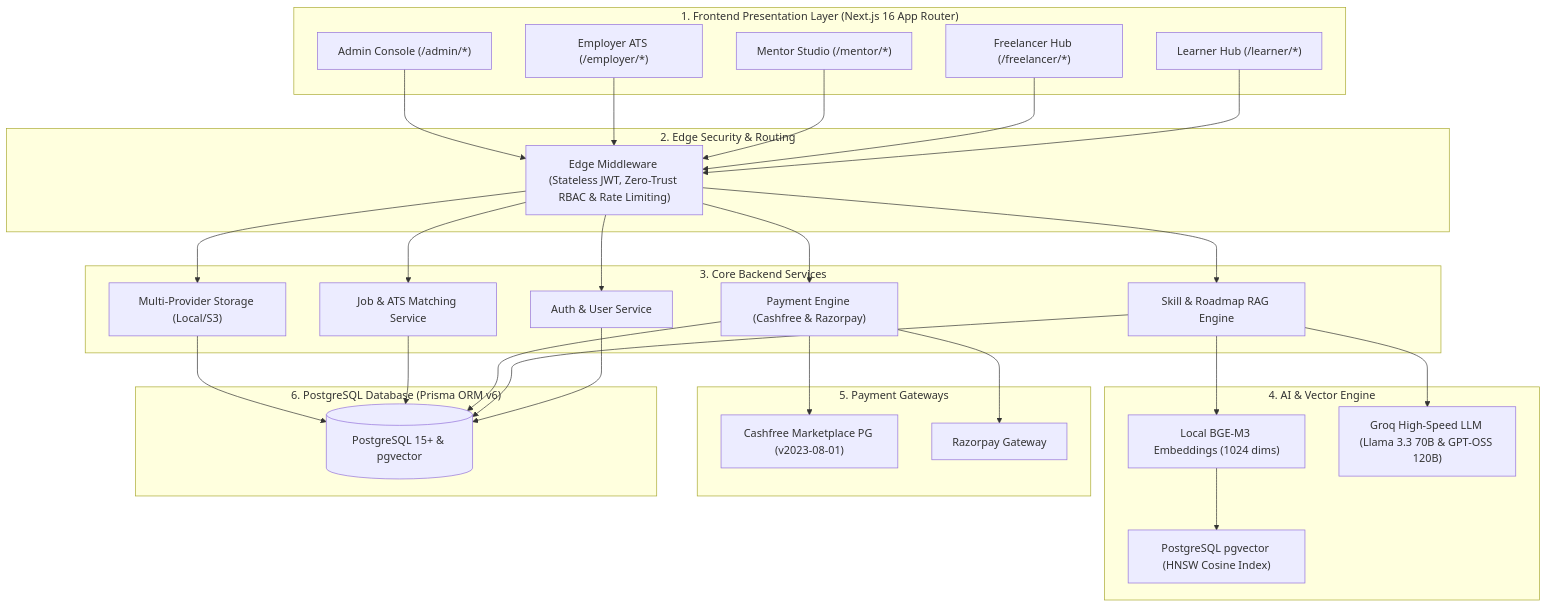
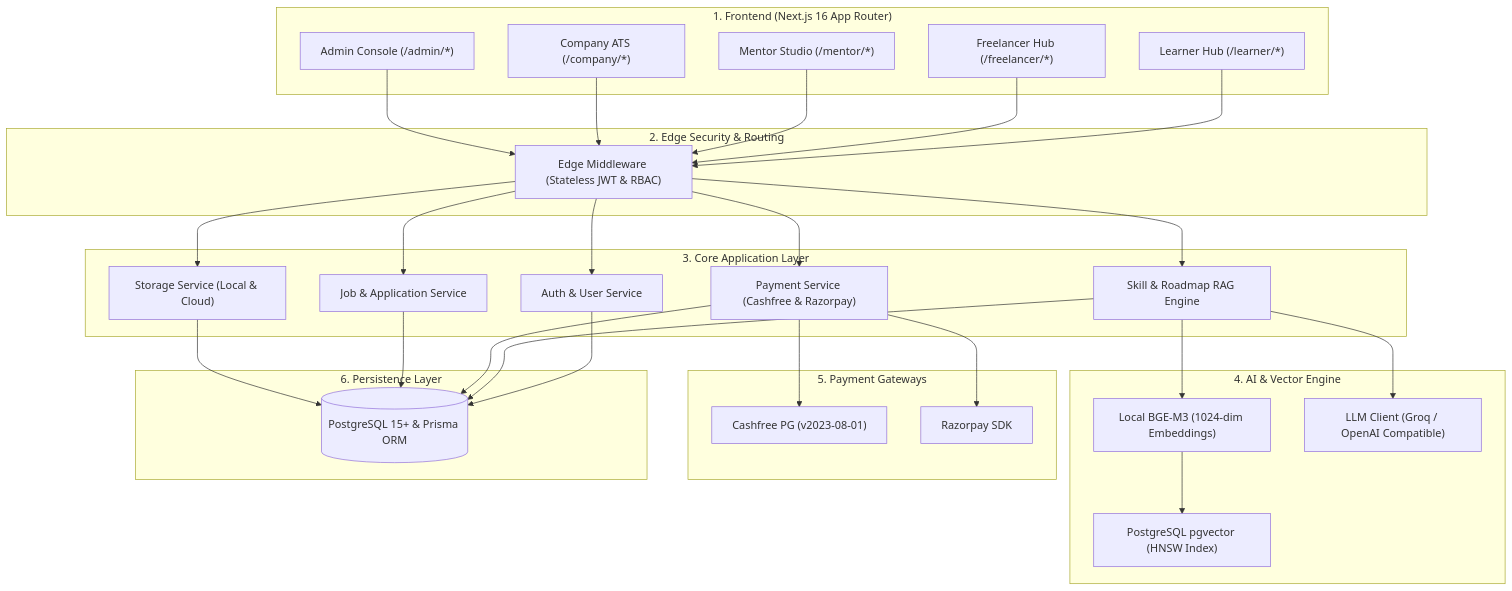
One commit to tharuntej123/growearn changed the diagram in README.md. Above: the diagram before and after it, drawn with Mermaid. The commit also changed other lines of this file and 37 other files, not shown here.

````diff
--- a/README.md
+++ b/README.md
@@ -50,62 +72,62 @@
 ```mermaid
 graph TD
-    subgraph Presentation_Layer["1. Frontend Presentation Layer (Next.js 16 App Router)"]
-        LearnerUI["Learner Hub (/learner/*)"]
-        FreelancerUI["Freelancer Hub (/freelancer/*)"]
-        MentorUI["Mentor Studio (/mentor/*)"]
-        EmployerUI["Employer ATS (/employer/*)"]
-        AdminUI["Admin Console (/admin/*)"]
+    subgraph Frontend["1. Frontend (Next.js 16 App Router)"]
+        UI_Learner["Learner Hub (/learner/*)"]
+        UI_Freelancer["Freelancer Hub (/freelancer/*)"]
+        UI_Mentor["Mentor Studio (/mentor/*)"]
+        UI_Company["Company ATS (/company/*)"]
+        UI_Admin["Admin Console (/admin/*)"]
     end
 
-    subgraph Edge_Security["2. Edge Security & Routing"]
-        Middleware["Edge Middleware (Stateless JWT, Zero-Trust RBAC & Rate Limiting)"]
+    subgraph Security["2. Edge Security & Routing"]
+        Middleware["Edge Middleware (Stateless JWT & RBAC)"]
     end
 
-    subgraph Core_Services["3. Core Backend Services"]
+    subgraph Application["3. Core Application Layer"]
         AuthSvc["Auth & User Service"]
         SkillRAG["Skill & Roadmap RAG Engine"]
-        PaymentSvc["Payment Engine (Cashfree & Razorpay)"]
-        JobSvc["Job & ATS Matching Service"]
-        StorageSvc["Multi-Provider Storage (Local/S3)"]
+        PaymentSvc["Payment Service (Cashfree & Razorpay)"]
+        JobSvc["Job & Application Service"]
+        StorageSvc["Storage Service (Local & Cloud)"]
     end
 
-    subgraph AI_Vector_Engine["4. AI & Vector Engine"]
-        BGE3["Local BGE-M3 Embeddings (1024 dims)"]
-        PgVector["PostgreSQL pgvector (HNSW Cosine Index)"]
-        GroqLLM["Groq High-Speed LLM (Llama 3.3 70B & GPT-OSS 120B)"]
+    subgraph AI_Engine["4. AI & Vector Engine"]
+        BGE3["Local BGE-M3 (1024-dim Embeddings)"]
+        PgVector["PostgreSQL pgvector (HNSW Index)"]
+        GroqLLM["LLM Client (Groq / OpenAI Compatible)"]
     end
 
-    subgraph Payment_Gateways["5. Payment Gateways"]
-        Cashfree["Cashfree Marketplace PG (v2023-08-01)"]
-        Razorpay["Razorpay Gateway"]
+    subgraph Payments["5. Payment Gateways"]
+        Cashfree["Cashfree PG (v2023-08-01)"]
+        Razorpay["Razorpay SDK"]
     end
 
-    subgraph Persistence["6. PostgreSQL Database (Prisma ORM v6)"]
-        DB[(PostgreSQL 15+ & pgvector)]
+    subgraph Database["6. Persistence Layer"]
+        DB[("PostgreSQL 15+ & Prisma ORM")]
     end
 
-    LearnerUI --> Middleware
-    FreelancerUI --> Middleware
-    MentorUI --> Middleware
-    EmployerUI --> Middleware
-    AdminUI --> Middleware
+    UI_Learner --> Middleware
+    UI_Freelancer --> Middleware
+    UI_Mentor --> Middleware
+    UI_Company --> Middleware
+    UI_Admin --> Middleware
 
     Middleware --> AuthSvc
     Middleware --> SkillRAG
     Middleware --> PaymentSvc
     Middleware --> JobSvc
     Middleware --> StorageSvc
 
     SkillRAG --> BGE3
     BGE3 --> PgVector
     SkillRAG --> GroqLLM
 
     PaymentSvc --> Cashfree
     PaymentSvc --> Razorpay
 
     AuthSvc --> DB
     SkillRAG --> DB
     PaymentSvc --> DB
     JobSvc --> DB
     StorageSvc --> DB
 ```
````
